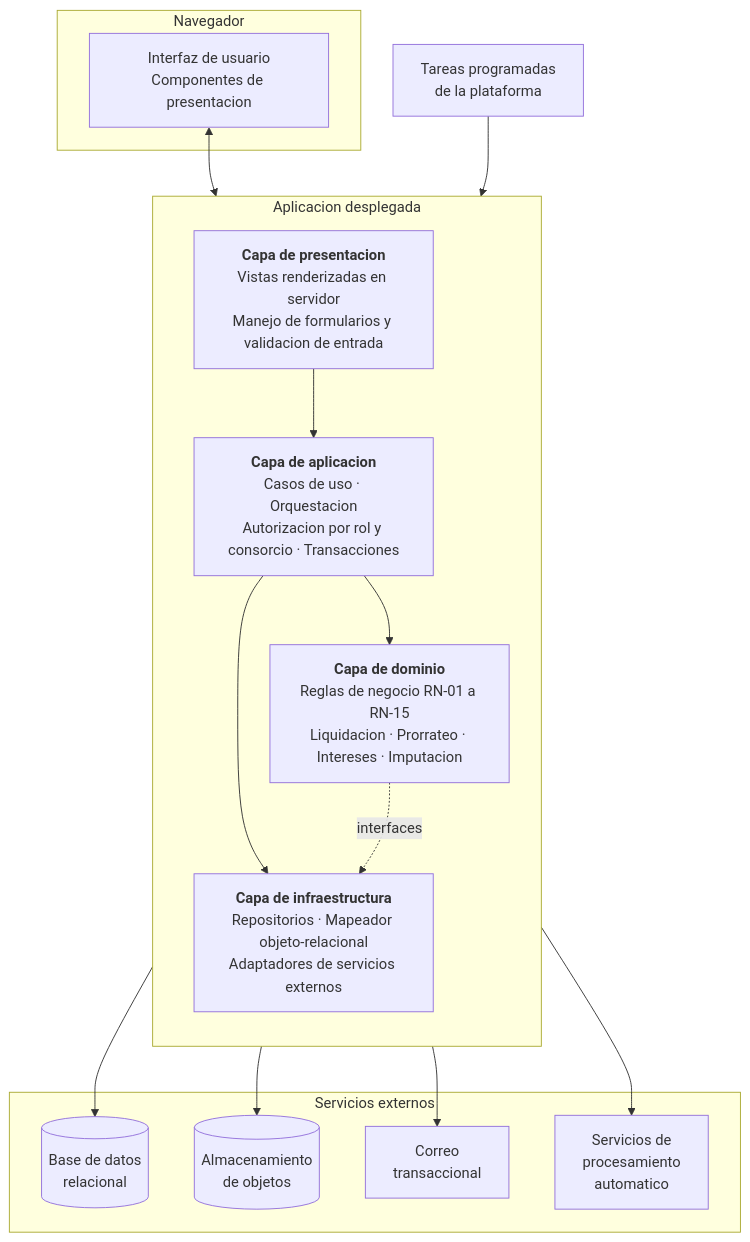
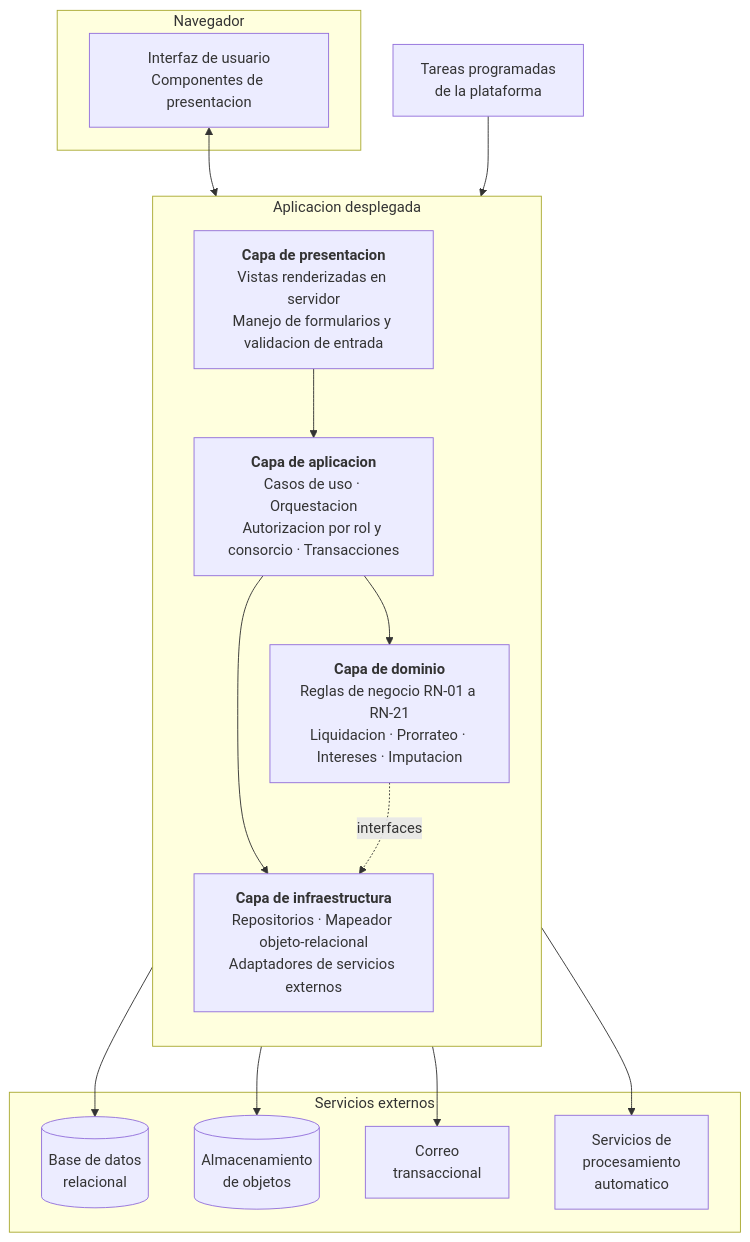
The first of 8 diagrams in docs/entrega-3/12-diseno.md (Marchee72/flay-proyecto-final), drawn with Mermaid before and after one commit. The commit also changed other lines of this file and 7 other files, not shown here.

````diff
--- a/docs/entrega-3/12-diseno.md
+++ b/docs/entrega-3/12-diseno.md
@@ -18,32 +18,32 @@
 ```mermaid
 flowchart TD
     subgraph CLIENTE["Navegador"]
         UI["Interfaz de usuario<br/>Componentes de presentacion"]
     end
 
     subgraph SERVIDOR["Aplicacion desplegada"]
         direction TB
         PRES["<b>Capa de presentacion</b><br/>Vistas renderizadas en servidor<br/>Manejo de formularios y validacion de entrada"]
         APP["<b>Capa de aplicacion</b><br/>Casos de uso · Orquestacion<br/>Autorizacion por rol y consorcio · Transacciones"]
-        DOM["<b>Capa de dominio</b><br/>Reglas de negocio RN-01 a RN-15<br/>Liquidacion · Prorrateo · Intereses · Imputacion"]
+        DOM["<b>Capa de dominio</b><br/>Reglas de negocio RN-01 a RN-21<br/>Liquidacion · Prorrateo · Intereses · Imputacion"]
         INFRA["<b>Capa de infraestructura</b><br/>Repositorios · Mapeador objeto-relacional<br/>Adaptadores de servicios externos"]
         PRES --> APP --> DOM
         APP --> INFRA
         DOM -.->|"interfaces"| INFRA
     end
 
     subgraph EXTERNOS["Servicios externos"]
         DB[("Base de datos<br/>relacional")]
         BLOB[("Almacenamiento<br/>de objetos")]
         MAIL["Correo<br/>transaccional"]
         IA["Servicios de<br/>procesamiento<br/>automatico"]
     end
 
     UI <--> PRES
     INFRA --> DB
     INFRA --> BLOB
     INFRA --> MAIL
     INFRA --> IA
 
     CRON["Tareas programadas<br/>de la plataforma"] --> APP
 ```
````
